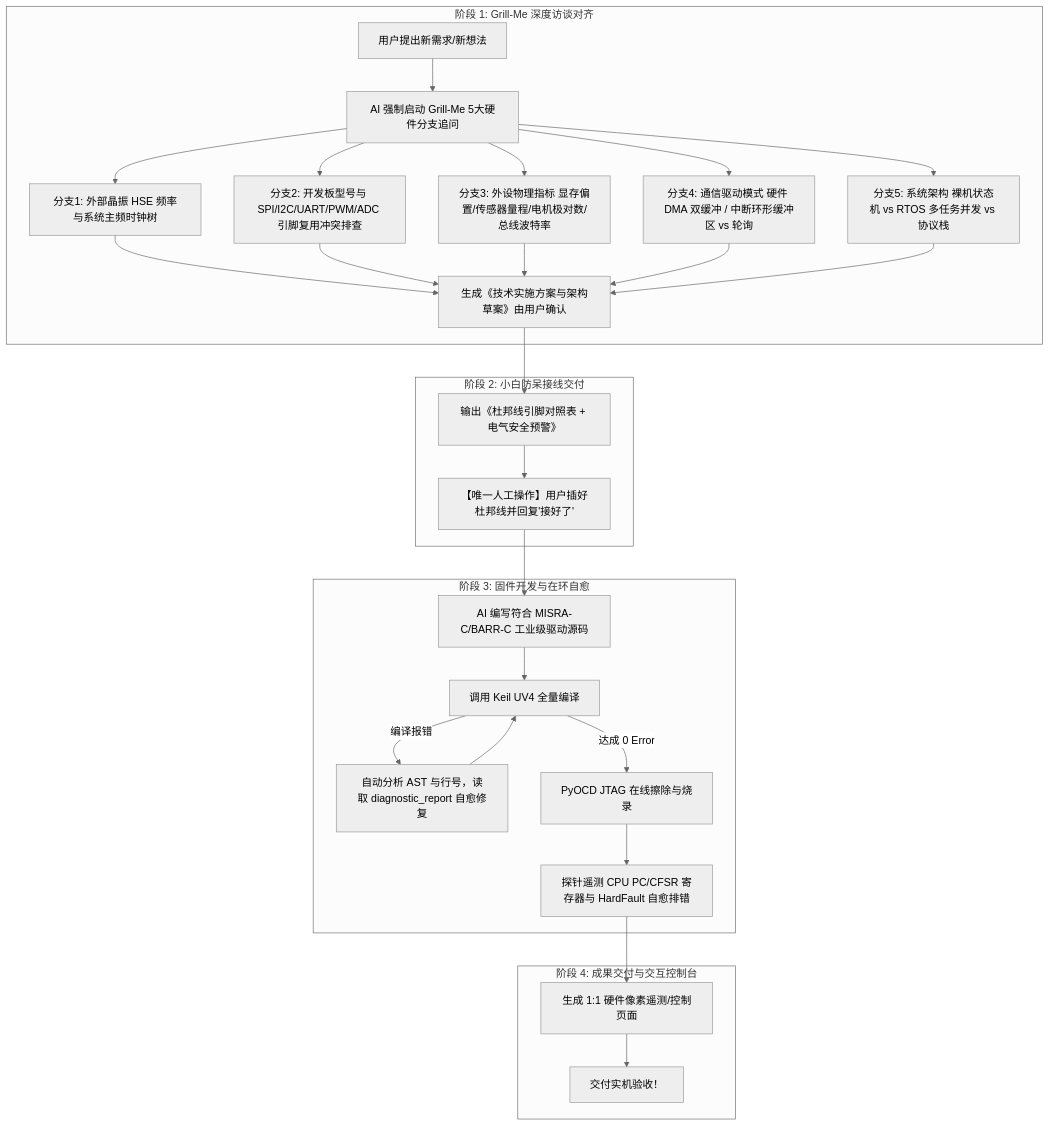
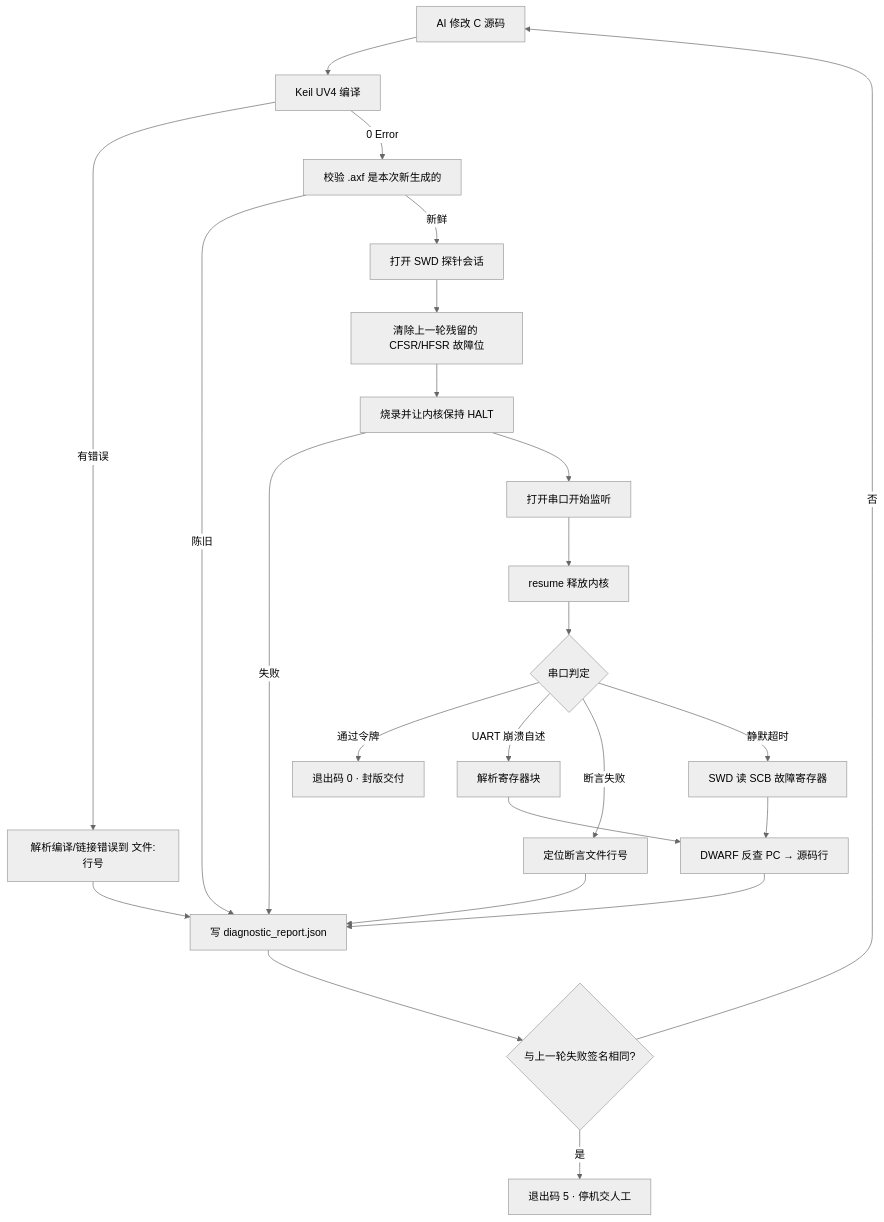
One commit to TaoCosmo-Dev/STM32_AutoDebug_Universal_Kit changed the diagram in README.md. Above: the diagram before and after it, drawn with Mermaid (neutral theme). The commit also changed other lines of this file and 23 other files, not shown here.

````diff
--- a/README.md
+++ b/README.md
@@ -26,31 +56,26 @@
 ```mermaid
 graph TD
-    subgraph 阶段 1: Grill-Me 深度访谈对齐
-        A[用户提出新需求/新想法] --> B[AI 强制启动 Grill-Me 5大硬件分支追问]
-        B --> B1[分支1: 外部晶振 HSE 频率与系统主频时钟树]
-        B --> B2[分支2: 开发板型号与 SPI/I2C/UART/PWM/ADC 引脚复用冲突排查]
-        B --> B3[分支3: 外设物理指标 显存偏置/传感器量程/电机极对数/总线波特率]
-        B --> B4[分支4: 通信驱动模式 硬件 DMA 双缓冲 / 中断环形缓冲区 vs 轮询]
-        B --> B5[分支5: 系统架构 裸机状态机 vs RTOS 多任务并发 vs 协议栈]
-        B1 & B2 & B3 & B4 & B5 --> C[生成《技术实施方案与架构草案》由用户确认]
-    end
-    
-    subgraph 阶段 2: 小白防呆接线交付
-        C --> D[输出《杜邦线引脚对照表 + 电气安全预警》]
-        D --> E[【唯一人工操作】用户插好杜邦线并回复'接好了']
-    end
-    
-    subgraph 阶段 3: 固件开发与在环自愈
-        E --> F[AI 编写符合 MISRA-C/BARR-C 工业级驱动源码]
-        F --> G[调用 Keil UV4 全量编译]
-        G -- 编译报错 --> H[自动分析 AST 与行号，读取 diagnostic_report 自愈修复]
-        H --> G
-        G -- 达成 0 Error --> I[PyOCD JTAG 在线擦除与烧录]
-        I --> J[探针遥测 CPU PC/CFSR 寄存器与 HardFault 自愈排错]
-    end
-    
-    subgraph 阶段 4: 成果交付与交互控制台
-        J --> K[生成 1:1 硬件像素遥测/控制页面]
-        K --> L[交付实机验收！]
-    end
+    A[AI 修改 C 源码] --> B[Keil UV4 编译]
+    B -->|有错误| B1[解析编译/链接错误到 文件:行号]
+    B1 --> R[写 diagnostic_report.json]
+    B -->|0 Error| C[校验 .axf 是本次新生成的]
+    C -->|陈旧| R
+    C -->|新鲜| D[打开 SWD 探针会话]
+    D --> E[清除上一轮残留的 CFSR/HFSR 故障位]
+    E --> F[烧录并让内核保持 HALT]
+    F -->|失败| R
+    F --> G[打开串口开始监听]
+    G --> H[resume 释放内核]
+    H --> I{串口判定}
+    I -->|通过令牌| PASS[退出码 0 · 封版交付]
+    I -->|UART 崩溃自述| J[解析寄存器块]
+    I -->|断言失败| K[定位断言文件行号]
+    I -->|静默超时| L[SWD 读 SCB 故障寄存器]
+    J --> M[DWARF 反查 PC → 源码行]
+    L --> M
+    K --> R
+    M --> R
+    R --> N{与上一轮失败签名相同?}
+    N -->|是| STALL[退出码 5 · 停机交人工]
+    N -->|否| A
 ```
````
